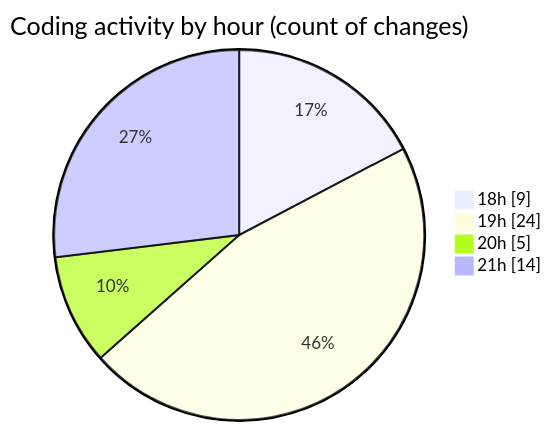
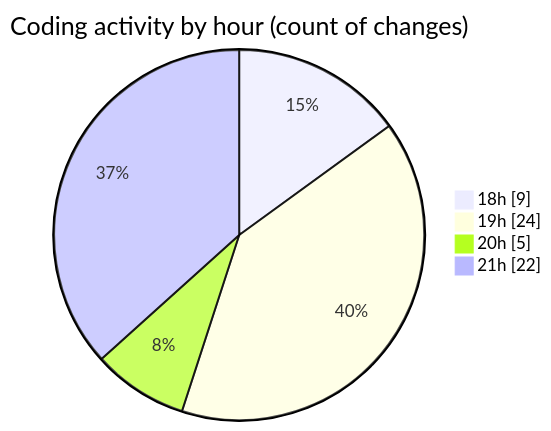
One commit to Netris89/code-tracking changed the second of 2 diagrams in 2025-04-28/date/README.md. Above: the diagram before and after it, drawn with Mermaid. The commit also changed other lines of this file and 1 other file, not shown here.

````diff
--- a/2025-04-28/date/README.md
+++ b/2025-04-28/date/README.md
@@ -32,8 +32,8 @@
 ```mermaid
 pie showData
 title Coding activity by hour (count of changes)
 "18h" : 9
 "19h" : 24
 "20h" : 5
-"21h" : 14
+"21h" : 22
 ```
````
